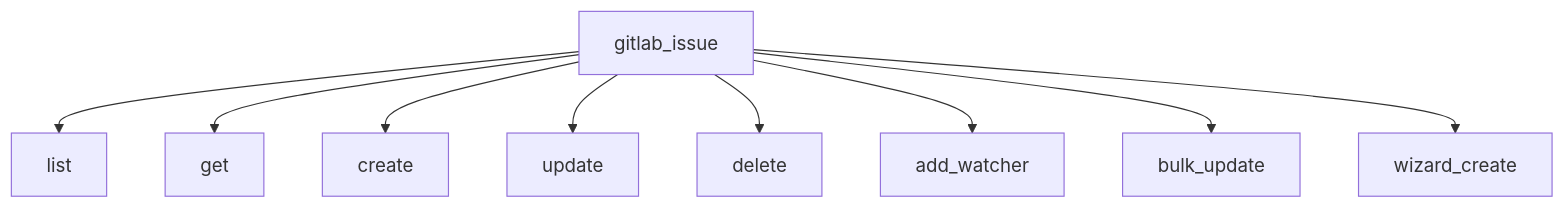
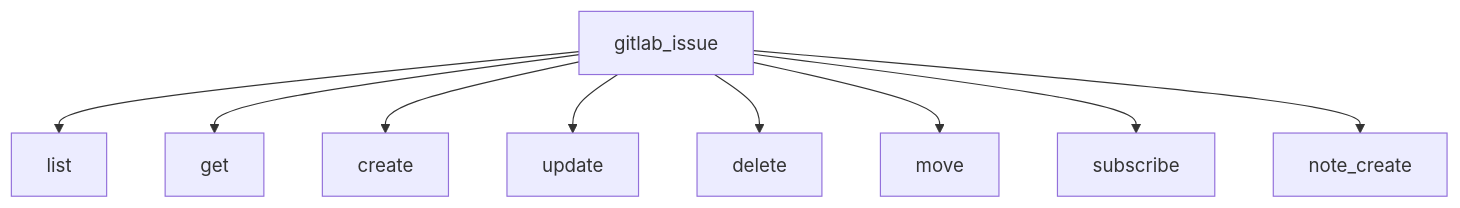
One commit to jmrplens/gitlab-mcp-server changed the sixth of 6 diagrams in site/src/content/docs/es/architecture.mdx. Above: the diagram before and after it, drawn with Mermaid. The commit also changed other lines of this file and 90 other files, not shown here.

````diff
--- a/site/src/content/docs/es/architecture.mdx
+++ b/site/src/content/docs/es/architecture.mdx
@@ -162,11 +167,11 @@
 ```mermaid
 graph TD
     A[gitlab_issue] --> B[list]
     A --> C[get]
     A --> D[create]
     A --> E[update]
     A --> F[delete]
-    A --> G[add_watcher]
-    A --> H[bulk_update]
-    A --> I[wizard_create]
+    A --> G[move]
+    A --> H[subscribe]
+    A --> I[note_create]
 ```
````
